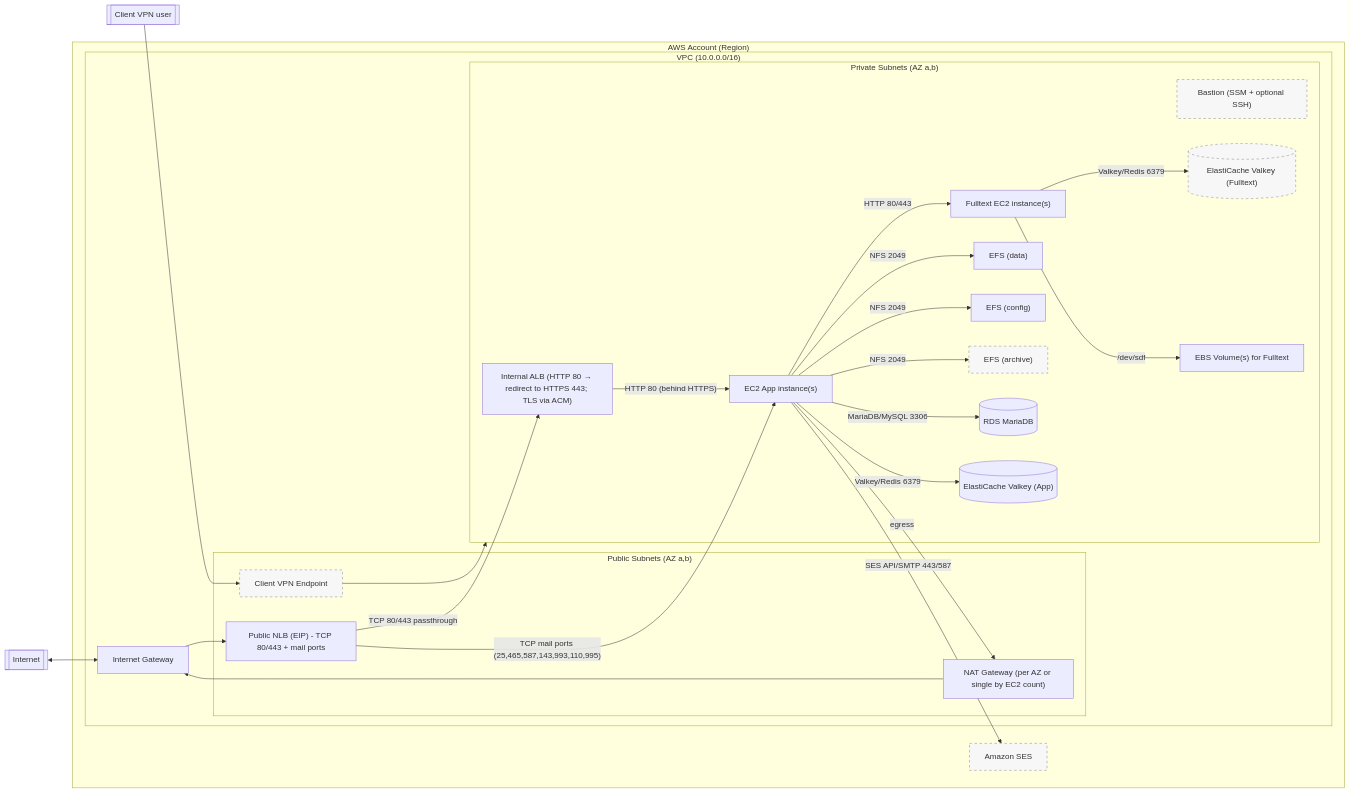
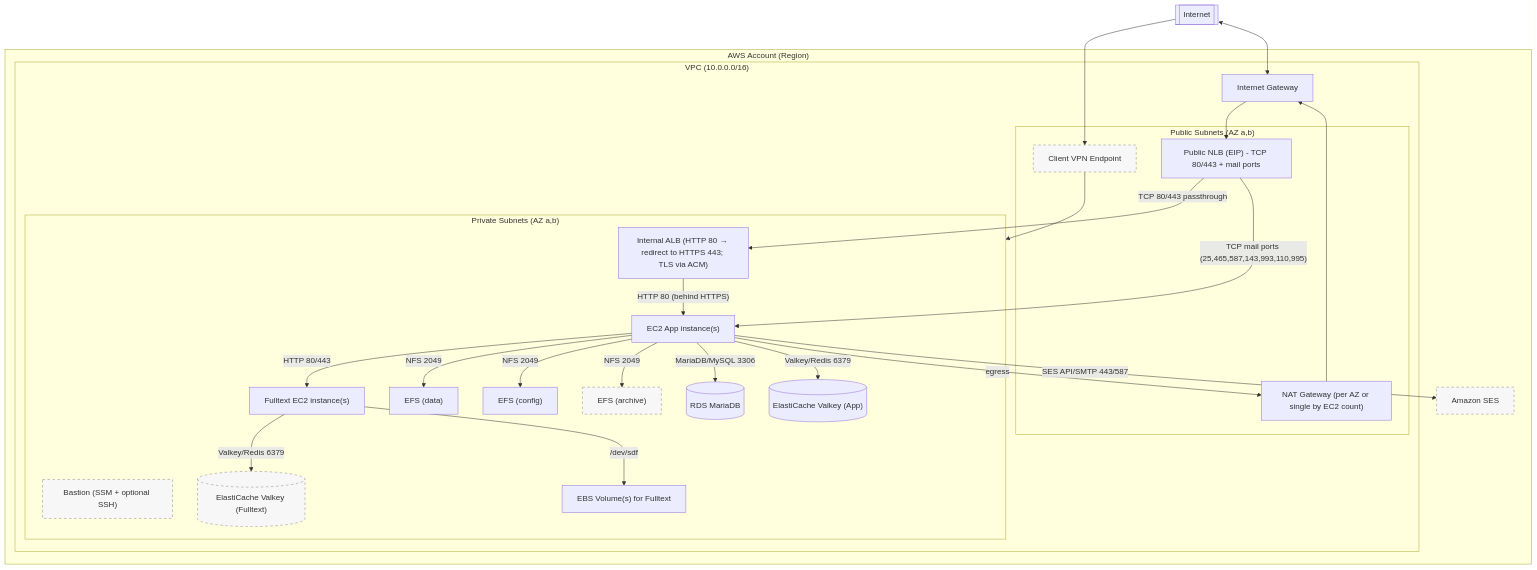
One commit to spetr/iw-terraform changed the diagram in ARCHITECTURE.md. Above: the diagram before and after it, drawn with Mermaid. The commit also changed 4 other files, not shown here.

````diff
--- a/ARCHITECTURE.md
+++ b/ARCHITECTURE.md
@@ -5,67 +5,67 @@
 ```mermaid
-flowchart LR
+flowchart TD
   Internet[[Internet]]
-  Client[[Client VPN user]]
 
   subgraph AWS["AWS Account (Region)"]
     subgraph VPC["VPC (10.0.0.0/16)"]
       IGW["Internet Gateway"]
 
       subgraph Public["Public Subnets (AZ a,b)"]
         NLB["Public NLB (EIP) - TCP 80/443 + mail ports"]
         NAT["NAT Gateway (per AZ or single by EC2 count)"]
         CVPN["Client VPN Endpoint"]
       end
 
       subgraph Private["Private Subnets (AZ a,b)"]
         ALB["Internal ALB (HTTP 80 → redirect to HTTPS 443; TLS via ACM)"]
         EC2["EC2 App instance(s)"]
         FT["Fulltext EC2 instance(s)"]
         Bastion["Bastion (SSM + optional SSH)"]
         EFS1["EFS (data)"]
         EFS2["EFS (config)"]
         EFS3["EFS (archive)"]
         RDS[("RDS MariaDB")]
-          ValkeyApp[("ElastiCache Valkey (App)")]
-          ValkeyFT[("ElastiCache Valkey (Fulltext)")]
+        ValkeyApp[("ElastiCache Valkey (App)")]
+        ValkeyFT[("ElastiCache Valkey (Fulltext)")]
         EBSFT["EBS Volume(s) for Fulltext"]
       end
     end
     SES["Amazon SES"]
   end
 
   Internet <--> IGW
 
   %% Inbound from Internet
   IGW --> NLB
   NLB -->|"TCP 80/443 passthrough"| ALB
   NLB -->|"TCP mail ports (25,465,587,143,993,110,995)"| EC2
 
   %% Load balancer to EC2
   ALB -->|"HTTP 80 (behind HTTPS)"| EC2
 
   %% East-west inside VPC
   EC2 -- "NFS 2049" --> EFS1
   EC2 -- "NFS 2049" --> EFS2
   EC2 -- "NFS 2049" --> EFS3
   EC2 -->|"MariaDB/MySQL 3306"| RDS
   EC2 -->|"Valkey/Redis 6379"| ValkeyApp
   FT  -->|"Valkey/Redis 6379"| ValkeyFT
   EC2 -->|"HTTP 80/443"| FT
 
   %% App to SES (API/SMTP) – via NAT egress
   EC2 -->|"SES API/SMTP 443/587"| SES
 
   %% Egress
   EC2 -->|egress| NAT --> IGW
 
   %% Fulltext storage attachment
   FT -- "/dev/sdf" --> EBSFT
 
   %% VPN access into VPC
-  Client --> CVPN --> Private
+  Internet --> CVPN
+  CVPN --> Private
 
   %% Styling for optional components
   classDef optional fill:#f7f7f7,stroke:#888,stroke-width:1px,stroke-dasharray: 5 5,color:#333
   class EFS3,ValkeyFT,SES,CVPN,Bastion optional
 ```
````
